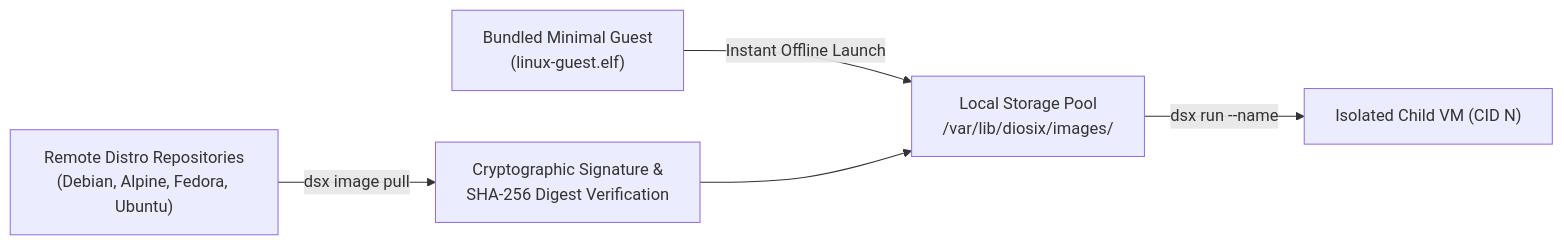
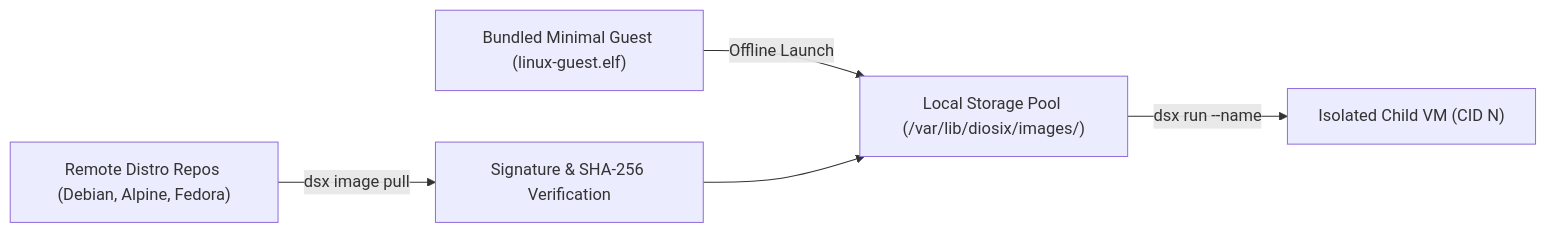
One commit to diodesign/diosix changed the second of 2 diagrams in docs/live-and-install-plan.md. Above: the diagram before and after it, drawn with Mermaid. The commit also changed other lines of this file and 38 other files, not shown here.

````diff
--- a/docs/live-and-install-plan.md
+++ b/docs/live-and-install-plan.md
@@ -149,7 +202,13 @@
 ```mermaid
 flowchart LR
-    A["Bundled Minimal Guest<br/>(linux-guest.elf)"] -->|Instant Offline Launch| POOL["Local Storage Pool<br/>/var/lib/diosix/images/"]
-    B["Remote Distro Repositories<br/>(Debian, Alpine, Fedora, Ubuntu)"] -->|dsx image pull| CRYPTO["Cryptographic Signature &<br/>SHA-256 Digest Verification"]
+    A["Bundled Minimal Guest (linux-guest.elf)"]
+    B["Remote Distro Repos (Debian, Alpine, Fedora)"]
+    POOL["Local Storage Pool (/var/lib/diosix/images/)"]
+    CRYPTO["Signature & SHA-256 Verification"]
+    GUEST["Isolated Child VM (CID N)"]
+
+    A -->|Offline Launch| POOL
+    B -->|dsx image pull| CRYPTO
     CRYPTO --> POOL
-    POOL -->|dsx run --name <name>| GUEST["Isolated Child VM (CID N)"]
+    POOL -->|dsx run --name <name>| GUEST
 ```
````
